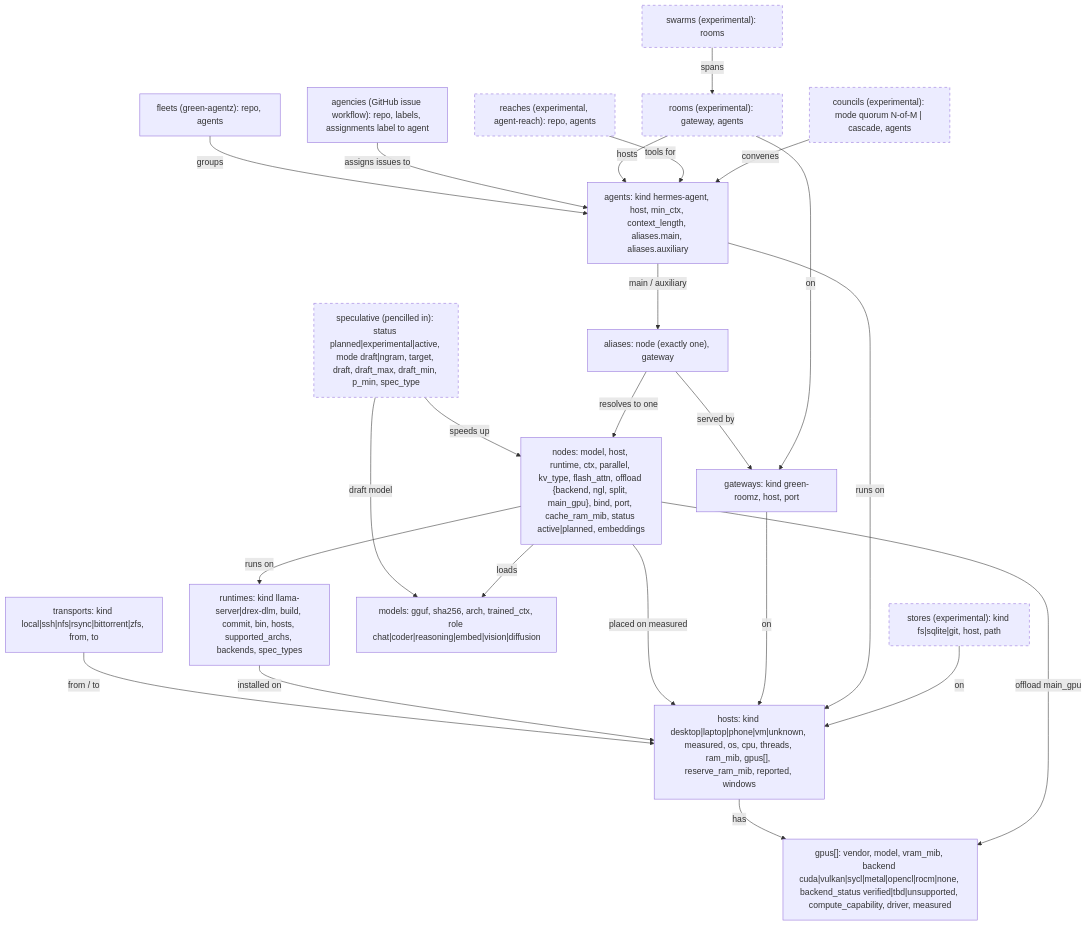
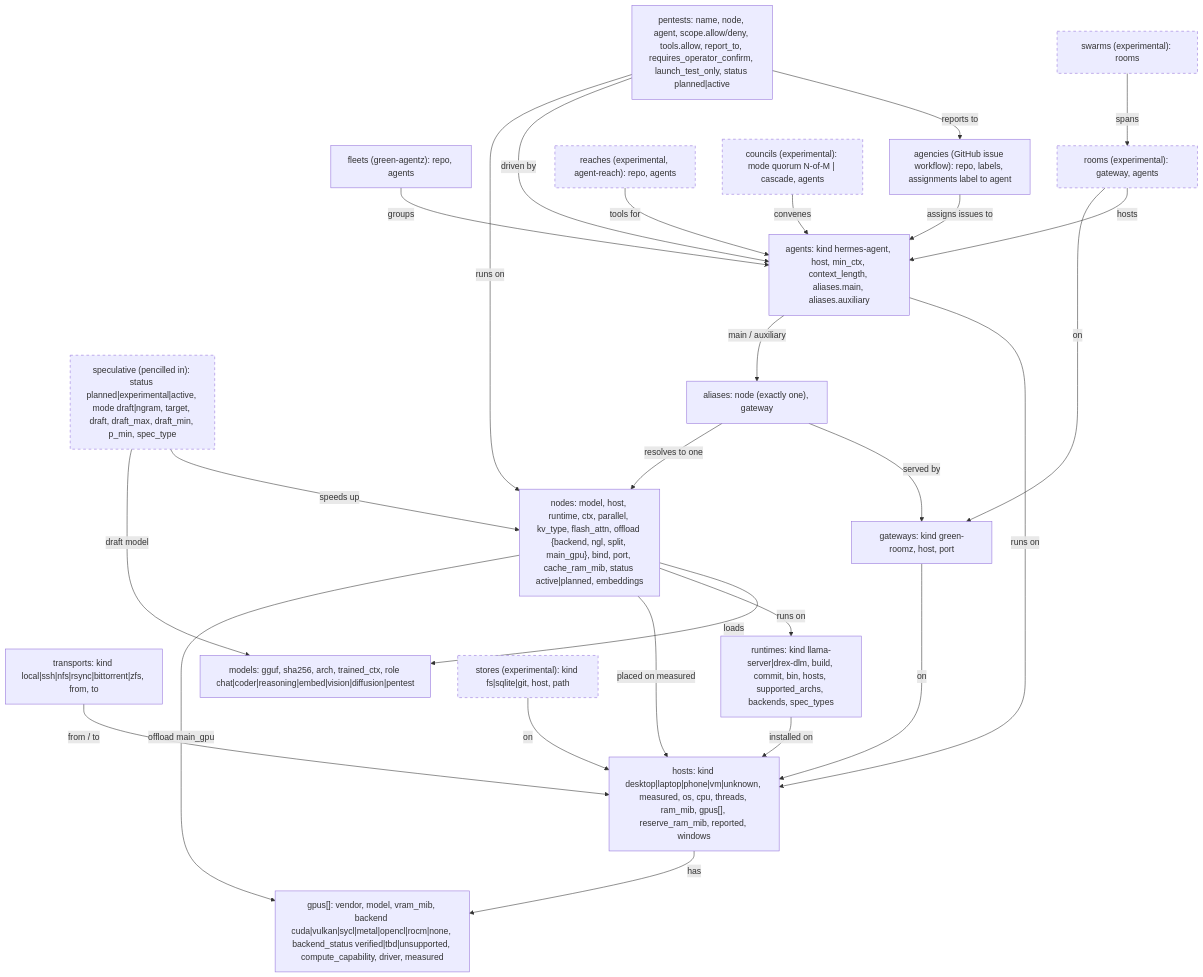
Before and after one commit to brianreborn/familia: the diagram in docs/graph-types.md, drawn with Mermaid. The commit also changed other lines of this file and 4 other files, not shown here.

First line of the commit message:
Graph: top-level pentests type for authorized fleet testing (refs #15, #20)

````diff
--- a/docs/graph-types.md
+++ b/docs/graph-types.md
@@ -20,44 +20,49 @@
 ```mermaid
 graph TD
   host["hosts: kind desktop|laptop|phone|vm|unknown, measured, os, cpu, threads, ram_mib, gpus[], reserve_ram_mib, reported, windows"]
   gpu["gpus[]: vendor, model, vram_mib, backend cuda|vulkan|sycl|metal|opencl|rocm|none, backend_status verified|tbd|unsupported, compute_capability, driver, measured"]
   transport["transports: kind local|ssh|nfs|rsync|bittorrent|zfs, from, to"]
   runtime["runtimes: kind llama-server|drex-dlm, build, commit, bin, hosts, supported_archs, backends, spec_types"]
-  model["models: gguf, sha256, arch, trained_ctx, role chat|coder|reasoning|embed|vision|diffusion"]
+  model["models: gguf, sha256, arch, trained_ctx, role chat|coder|reasoning|embed|vision|diffusion|pentest"]
   node["nodes: model, host, runtime, ctx, parallel, kv_type, flash_attn, offload {backend, ngl, split, main_gpu}, bind, port, cache_ram_mib, status active|planned, embeddings"]
   spec["speculative (pencilled in): status planned|experimental|active, mode draft|ngram, target, draft, draft_max, draft_min, p_min, spec_type"]:::exp
   gateway["gateways: kind green-roomz, host, port"]
   alias["aliases: node (exactly one), gateway"]
   agent["agents: kind hermes-agent, host, min_ctx, context_length, aliases.main, aliases.auxiliary"]
   fleet["fleets (green-agentz): repo, agents"]
   agency["agencies (GitHub issue workflow): repo, labels, assignments label to agent"]
   room["rooms (experimental): gateway, agents"]:::exp
   swarm["swarms (experimental): rooms"]:::exp
   store["stores (experimental): kind fs|sqlite|git, host, path"]:::exp
   reach["reaches (experimental, agent-reach): repo, agents"]:::exp
   council["councils (experimental): mode quorum N-of-M | cascade, agents"]:::exp
+  pentest["pentests: name, node, agent, scope.allow/deny, tools.allow, report_to, requires_operator_confirm, launch_test_only, status planned|active"]
+
 
   host -->|has| gpu
   node -->|offload main_gpu| gpu
   spec -->|draft model| model
   spec -->|speeds up| node
   transport -->|from / to| host
   runtime -->|installed on| host
   node -->|placed on measured| host
   node -->|runs on| runtime
   node -->|loads| model
   alias -->|resolves to one| node
   alias -->|served by| gateway
   gateway -->|on| host
   agent -->|main / auxiliary| alias
   agent -->|runs on| host
   fleet -->|groups| agent
   agency -->|assigns issues to| agent
   room -->|on| gateway
   room -->|hosts| agent
   swarm -->|spans| room
   store -->|on| host
   reach -->|tools for| agent
   council -->|convenes| agent
+  pentest -->|runs on| node
+  pentest -->|driven by| agent
+  pentest -->|reports to| agency
   classDef exp stroke-dasharray: 5 5
 ```
````
